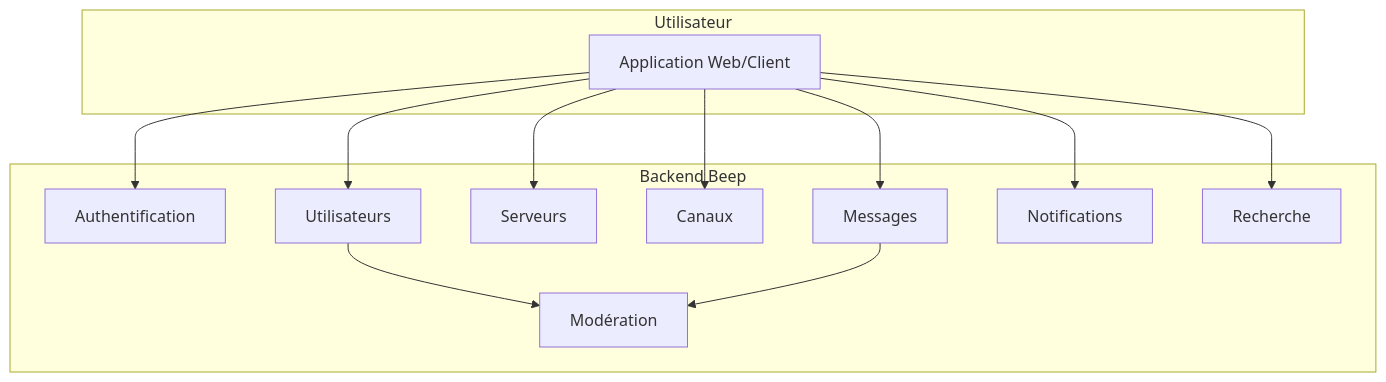
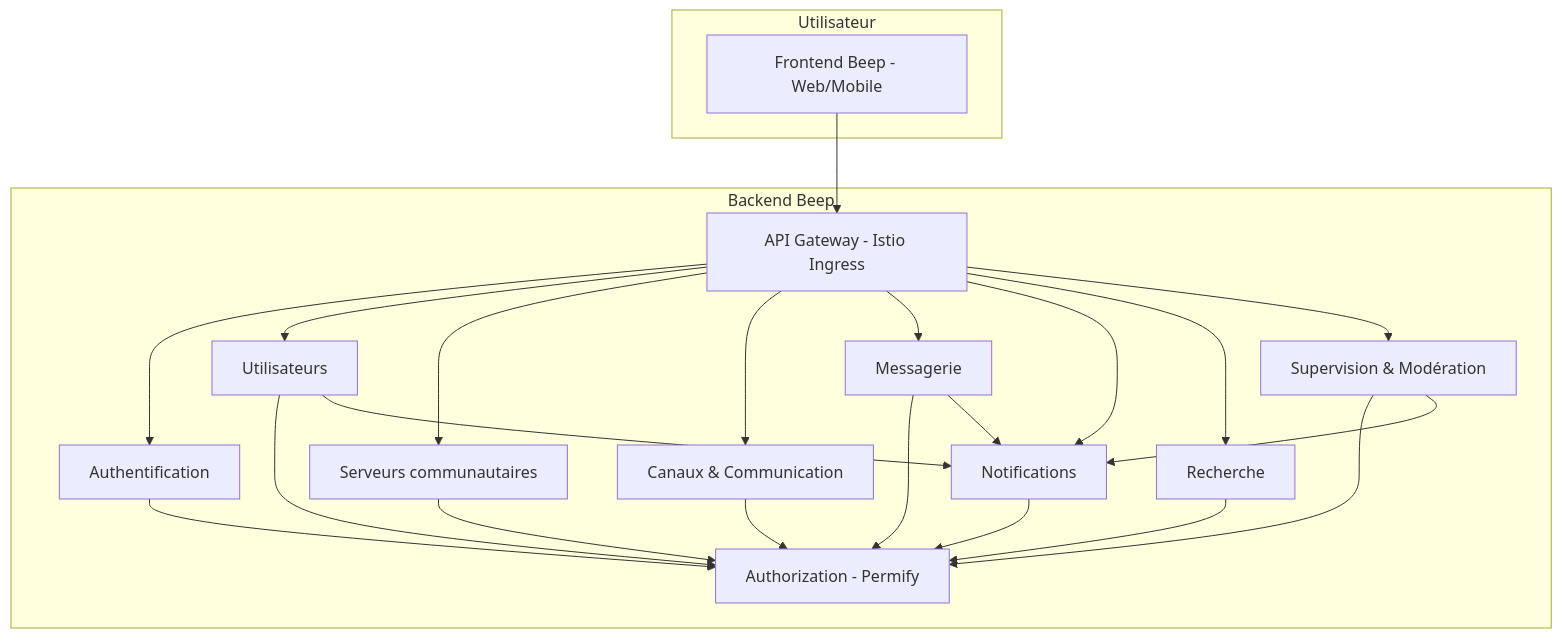
One commit to Razano26/Beep-TAD.AM changed the diagram in vue_logique/01-services.adoc. Above: the diagram before and after it, drawn with Mermaid. The commit also changed other lines of this file and 4 other files, not shown here.

Commit message:
feat: Enhance Beep application documentation by adding detailed sequence diagrams for user case scenarios, refining business rules, and clarifying service interactions for improved understanding and usability

```diff
--- a/vue_logique/01-services.adoc
+++ b/vue_logique/01-services.adoc
@@ -48,29 +56,43 @@
 [mermaid]
 ----
 graph TD
     subgraph Utilisateur
-        U1[Application Web/Client]
+        U1[Frontend Beep - Web/Mobile]
     end
 
     subgraph Backend Beep
+        GW[API Gateway - Istio Ingress]
         A[Authentification]
         B[Utilisateurs]
-        C[Serveurs]
-        D[Canaux]
-        E[Messages]
+        C[Serveurs communautaires]
+        D[Canaux & Communication]
+        E[Messagerie]
         F[Notifications]
         G[Recherche]
-        H[Modération]
+        H[Supervision & Modération]
+        J[Authorization - Permify]
     end
 
-    U1 --> A
-    U1 --> B
-    U1 --> C
-    U1 --> D
-    U1 --> E
-    U1 --> F
-    U1 --> G
+    U1 --> GW
+    GW --> A
+    GW --> B
+    GW --> C
+    GW --> D
+    GW --> E
+    GW --> F
+    GW --> G
+    GW --> H
 
-    B --> H
-    E --> H
+    A --> J
+    B --> J
+    C --> J
+    D --> J
+    E --> J
+    F --> J
+    G --> J
+    H --> J
+
+    B --> F
+    E --> F
+    H --> F
 ----
```
